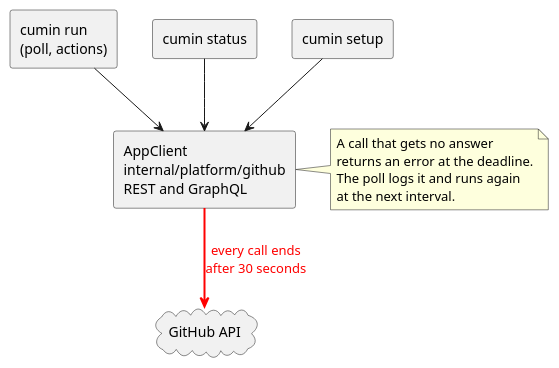
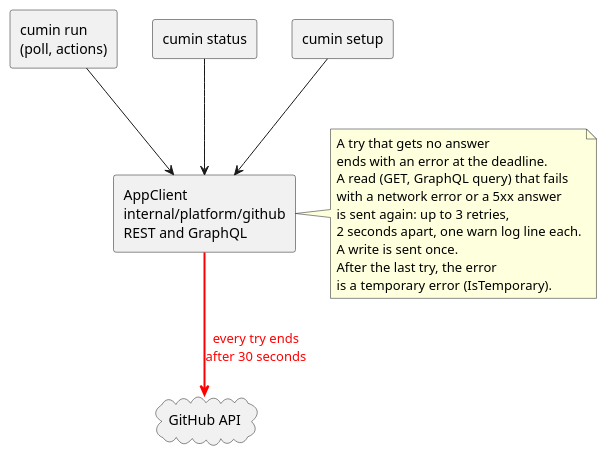
One commit to cloveclovedev/cumin-works changed the diagram in docs/ja/designs/github-call-deadline.puml. Above: the diagram before and after it, drawn with PlantUML. The commit also changed 17 other files, not shown here.

First line of the commit message:
feat(github): try a read again after a temporary failure (#455)

```diff
--- a/docs/ja/designs/github-call-deadline.puml
+++ b/docs/ja/designs/github-call-deadline.puml
@@ -1,25 +1,31 @@
 @startuml github-call-deadline
-' cumin works - every call of the GitHub client ends after a deadline.
+' cumin works - every call of the GitHub client ends after a deadline,
+' and a read that fails for a reason that passes is sent again.
 ' Document: cumin-core.md, topic on the GitHub client.
 ' Render: run scripts/render-diagrams.sh at the root of the repository.
 skinparam shadowing false
 skinparam defaultFontName sans-serif
 
 rectangle "cumin run\n(poll, actions)" as run
 rectangle "cumin status" as status
 rectangle "cumin setup" as setup
 rectangle "AppClient\ninternal/platform/github\nREST and GraphQL" as client
 cloud "GitHub API" as api
 
 run --> client
 status --> client
 setup --> client
-client -[#red,bold]-> api : <color:red>every call ends\n<color:red>after 30 seconds</color>
+client -[#red,bold]-> api : <color:red>every try ends\n<color:red>after 30 seconds</color>
 
 note right of client
-  A call that gets no answer
-  returns an error at the deadline.
-  The poll logs it and runs again
-  at the next interval.
+  A try that gets no answer
+  ends with an error at the deadline.
+  A read (GET, GraphQL query) that fails
+  with a network error or a 5xx answer
+  is sent again: up to 3 retries,
+  2 seconds apart, one warn log line each.
+  A write is sent once.
+  After the last try, the error
+  is a temporary error (IsTemporary).
 end note
 @enduml
```
